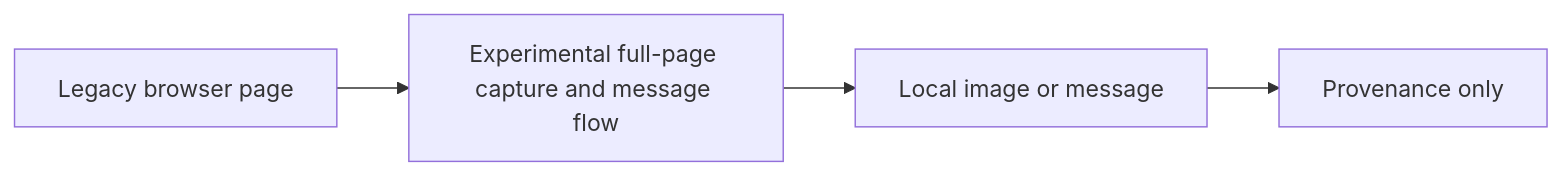
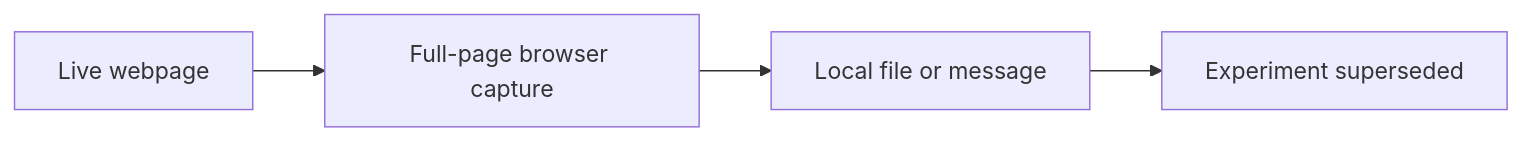
The diagram in docs/scripts/legacy/disc-gamma.md (Ferreter/Dissertation), drawn with Mermaid before and after one commit. The commit also changed other lines of this file and 27 other files, not shown here.

````diff
--- a/docs/scripts/legacy/disc-gamma.md
+++ b/docs/scripts/legacy/disc-gamma.md
@@ -12,6 +13,6 @@
 ```mermaid
 flowchart LR
-    A["Legacy browser page"] --> B["Experimental full-page capture and message flow"]
-    B --> C["Local image or message"]
-    C --> D["Provenance only"]
+    A["Live webpage"] --> B["Full-page browser capture"]
+    B --> C["Local file or message"]
+    C --> D["Experiment superseded"]
 ```
````
